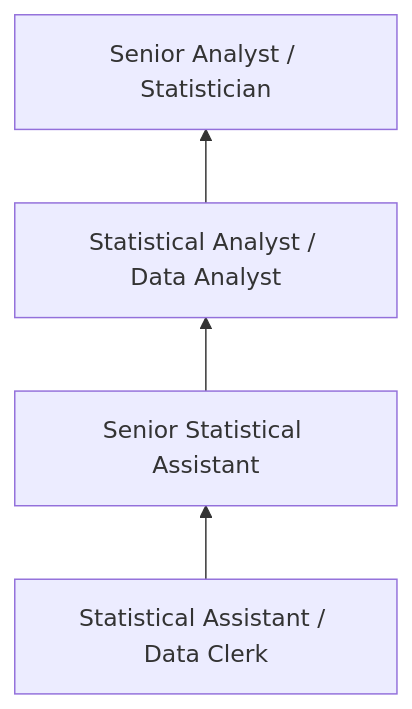
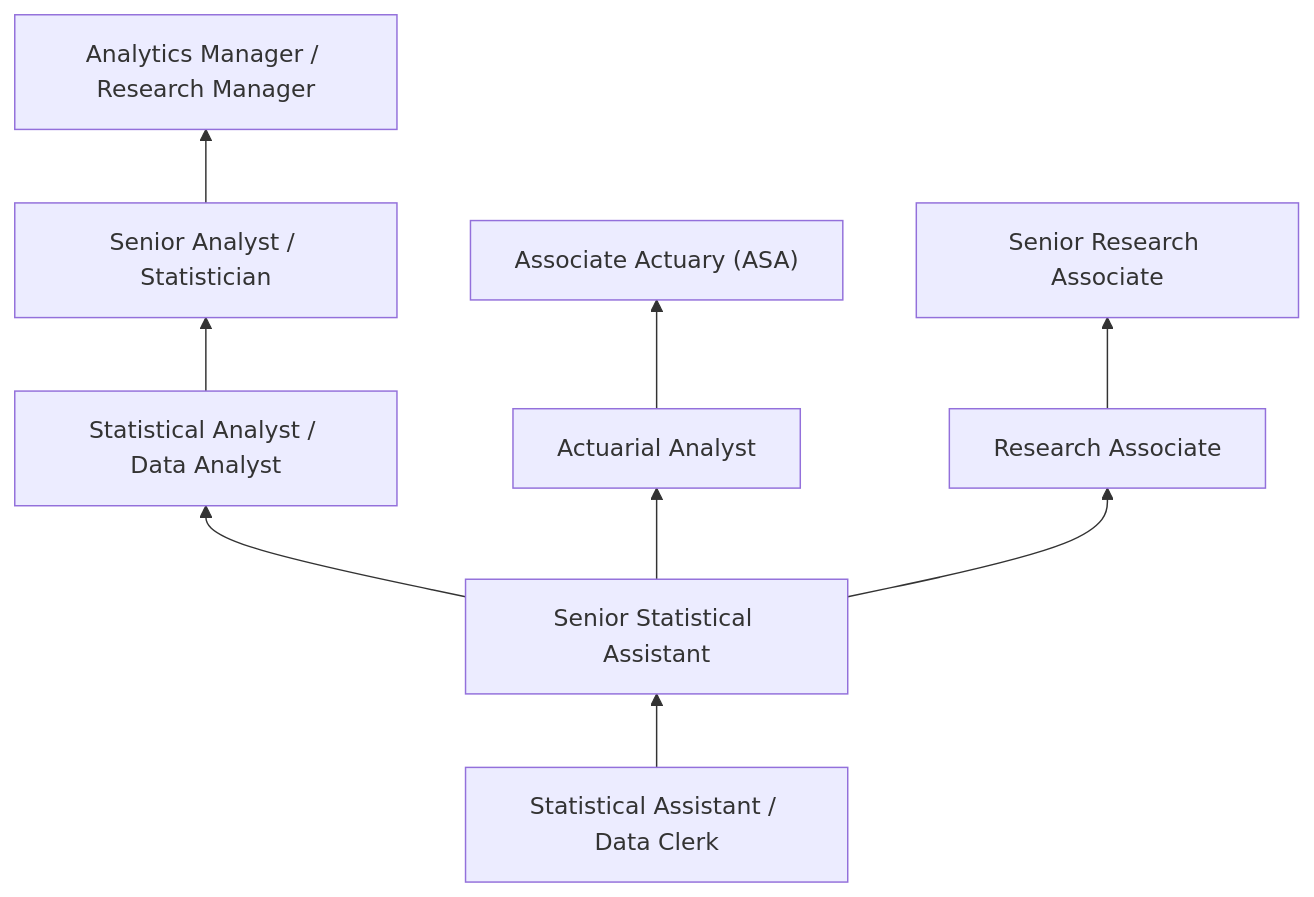
Before and after one commit to kziemski/business.org.ai: the third of 4 diagrams in occupations/Administrative/StatisticalAssistants.mdx, drawn with Mermaid. The commit also changed other lines of this file and 19 other files, not shown here.

````diff
--- a/occupations/Administrative/StatisticalAssistants.mdx
+++ b/occupations/Administrative/StatisticalAssistants.mdx
@@ -74,6 +190,13 @@
 ```mermaid
 graph BT
     Entry["Statistical Assistant / Data Clerk"] --> Mid["Senior Statistical Assistant"]
     Mid --> Analyst["Statistical Analyst / Data Analyst"]
     Analyst --> Senior["Senior Analyst / Statistician"]
+    Senior --> Manager["Analytics Manager / Research Manager"]
+
+    Mid --> Actuarial["Actuarial Analyst"]
+    Actuarial --> ASA["Associate Actuary (ASA)"]
+
+    Mid --> Research["Research Associate"]
+    Research --> SrResearch["Senior Research Associate"]
 ```
````
